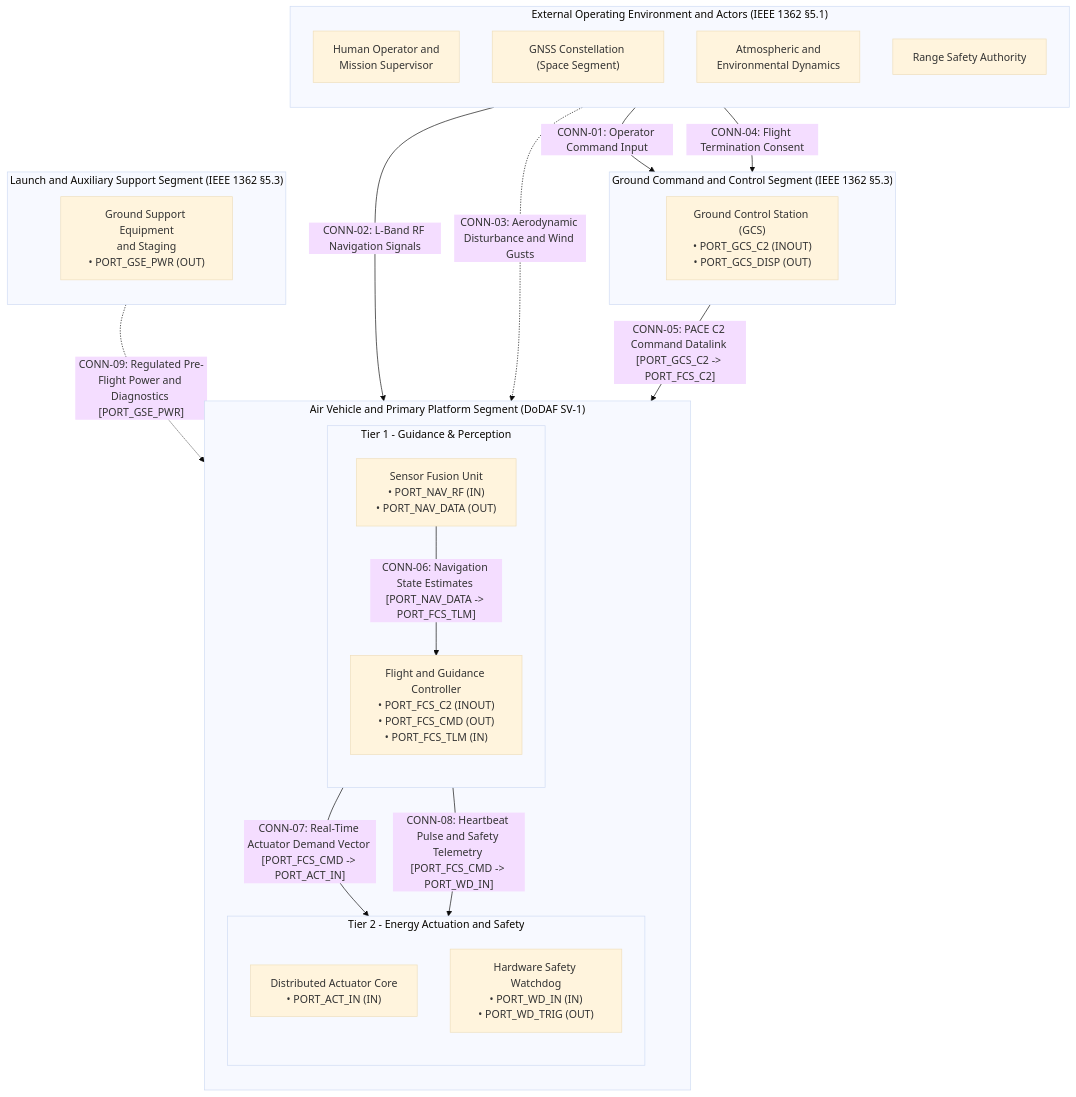
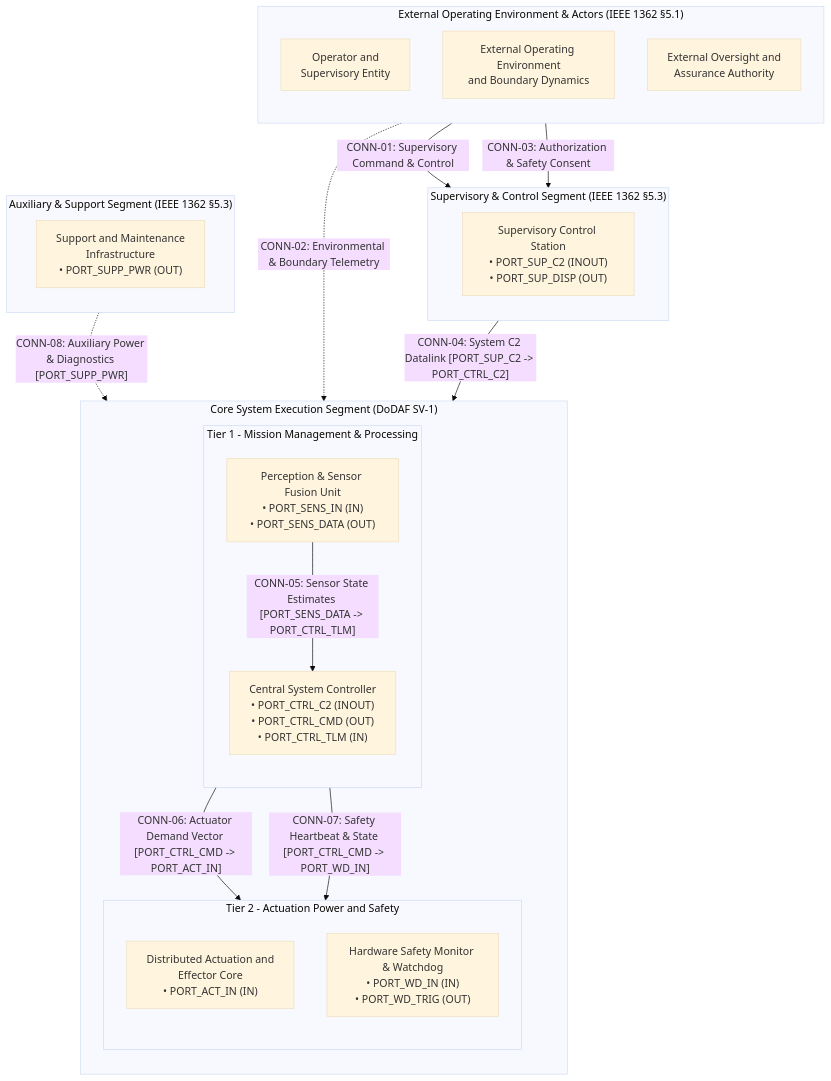
One commit to gintatkinson/DEAP01-spec-core changed the first of 4 diagrams in skills/spec-conops-engineering/SKILL.md. Above: the diagram before and after it, drawn with Mermaid (base theme). The commit also changed other lines of this file and 24 other files, not shown here.

First line of the commit message:
refactor(decontaminate): transition to pure schema-driven compiler architecture (#400, #401, #402, #403)

````diff
--- a/skills/spec-conops-engineering/SKILL.md
+++ b/skills/spec-conops-engineering/SKILL.md
@@ -275,54 +235,52 @@
 ```mermaid
 flowchart TD
-    subgraph External_Actors["External Operating Environment and Actors (IEEE 1362 §5.1)"]
+    subgraph External_Actors["External Operating Environment & Actors (IEEE 1362 §5.1)"]
         direction TB
-        Operator["Human Operator and<br/>Mission Supervisor"]
-        GNSS_Space["GNSS Constellation (Space Segment)"]
-        Environment["Atmospheric and<br/>Environmental Dynamics"]
-        RangeSafety["Range Safety Authority"]
+        Operator["Operator and<br/>Supervisory Entity"]
+        Environment["External Operating Environment<br/>and Boundary Dynamics"]
+        ExternalAuthority["External Oversight and<br/>Assurance Authority"]
     end
 
-    subgraph Ground_Segment["Ground Command and Control Segment (IEEE 1362 §5.3)"]
+    subgraph Supervisory_Segment["Supervisory & Control Segment (IEEE 1362 §5.3)"]
         direction TB
-        GCS["Ground Control Station (GCS)<br/>• PORT_GCS_C2 (INOUT)<br/>• PORT_GCS_DISP (OUT)"]
+        SupervisoryStation["Supervisory Control Station<br/>• PORT_SUP_C2 (INOUT)<br/>• PORT_SUP_DISP (OUT)"]
     end
 
-    subgraph Air_Vehicle_Segment["Air Vehicle and Primary Platform Segment (DoDAF SV-1)"]
+    subgraph Core_Execution_Segment["Core System Execution Segment (DoDAF SV-1)"]
         direction TB
-        subgraph AV_Tier1["Tier 1 - Guidance & Perception"]
+        subgraph Core_Tier1["Tier 1 - Mission Management & Processing"]
             direction TB
-            FCS["Flight and Guidance Controller<br/>• PORT_FCS_C2 (INOUT)<br/>• PORT_FCS_CMD (OUT)<br/>• PORT_FCS_TLM (IN)"]
-            NavSensors["Sensor Fusion Unit<br/>• PORT_NAV_RF (IN)<br/>• PORT_NAV_DATA (OUT)"]
+            SystemController["Central System Controller<br/>• PORT_CTRL_C2 (INOUT)<br/>• PORT_CTRL_CMD (OUT)<br/>• PORT_CTRL_TLM (IN)"]
+            SensorFusion["Perception & Sensor Fusion Unit<br/>• PORT_SENS_IN (IN)<br/>• PORT_SENS_DATA (OUT)"]
         end
 
-        subgraph AV_Tier2["Tier 2 - Energy Actuation and Safety"]
+        subgraph Core_Tier2["Tier 2 - Actuation Power and Safety"]
             direction TB
-            Actuators["Distributed Actuator Core<br/>• PORT_ACT_IN (IN)"]
-            Watchdog["Hardware Safety Watchdog<br/>• PORT_WD_IN (IN)<br/>• PORT_WD_TRIG (OUT)"]
+            ActuationCore["Distributed Actuation and<br/>Effector Core<br/>• PORT_ACT_IN (IN)"]
+            SafetyWatchdog["Hardware Safety Monitor & Watchdog<br/>• PORT_WD_IN (IN)<br/>• PORT_WD_TRIG (OUT)"]
         end
 
-        AV_Tier1 ~~~ AV_Tier2
+        Core_Tier1 ~~~ Core_Tier2
     end
 
-    subgraph Support_Segment["Launch and Auxiliary Support Segment (IEEE 1362 §5.3)"]
+    subgraph Support_Segment["Auxiliary & Support Segment (IEEE 1362 §5.3)"]
         direction TB
-        GSE["Ground Support Equipment<br/>and Staging<br/>• PORT_GSE_PWR (OUT)"]
+        SupportEquipment["Support and Maintenance<br/>Infrastructure<br/>• PORT_SUPP_PWR (OUT)"]
     end
 
-    External_Actors ~~~ Ground_Segment
-    Ground_Segment ~~~ Air_Vehicle_Segment
-    Air_Vehicle_Segment ~~~ Support_Segment
+    External_Actors ~~~ Supervisory_Segment
+    Supervisory_Segment ~~~ Core_Execution_Segment
+    Core_Execution_Segment ~~~ Support_Segment
 
     %% External Interface Connections
-    Operator -->|"CONN-01: Operator Command Input"| GCS
-    GNSS_Space -->|"CONN-02: L-Band RF Navigation Signals"| NavSensors
-    Environment -.->|"CONN-03: Aerodynamic Disturbance and Wind Gusts"| Actuators
-    RangeSafety -->|"CONN-04: Flight Termination Consent"| GCS
+    Operator -->|"CONN-01: Supervisory Command & Control"| SupervisoryStation
+    Environment -.->|"CONN-02: Environmental & Boundary Telemetry"| SensorFusion
+    ExternalAuthority -->|"CONN-03: Authorization & Safety Consent"| SupervisoryStation
 
     %% Segment Inter-Connects (Item Flows)
-    GCS -->|"CONN-05: PACE C2 Command Datalink [PORT_GCS_C2 -> PORT_FCS_C2]"| FCS
-    NavSensors -->|"CONN-06: Navigation State Estimates [PORT_NAV_DATA -> PORT_FCS_TLM]"| FCS
-    FCS -->|"CONN-07: Real-Time Actuator Demand Vector [PORT_FCS_CMD -> PORT_ACT_IN]"| Actuators
-    FCS -->|"CONN-08: Heartbeat Pulse and Safety Telemetry [PORT_FCS_CMD -> PORT_WD_IN]"| Watchdog
-    GSE -.->|"CONN-09: Regulated Pre-Flight Power and Diagnostics [PORT_GSE_PWR]"| Air_Vehicle_Segment
+    SupervisoryStation -->|"CONN-04: System C2 Datalink [PORT_SUP_C2 -> PORT_CTRL_C2]"| SystemController
+    SensorFusion -->|"CONN-05: Sensor State Estimates [PORT_SENS_DATA -> PORT_CTRL_TLM]"| SystemController
+    SystemController -->|"CONN-06: Actuator Demand Vector [PORT_CTRL_CMD -> PORT_ACT_IN]"| ActuationCore
+    SystemController -->|"CONN-07: Safety Heartbeat & State [PORT_CTRL_CMD -> PORT_WD_IN]"| SafetyWatchdog
+    SupportEquipment -.->|"CONN-08: Auxiliary Power & Diagnostics [PORT_SUPP_PWR]"| Core_Execution_Segment
 ```
````
